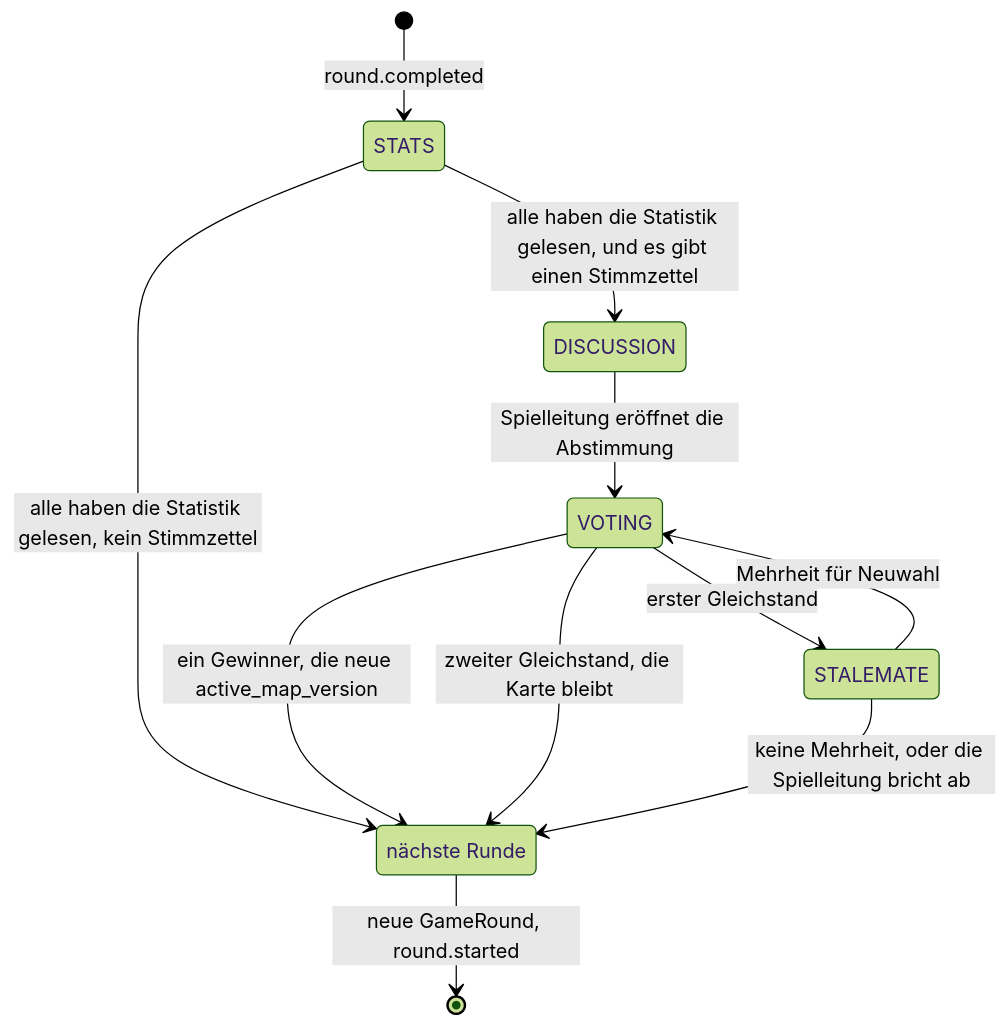
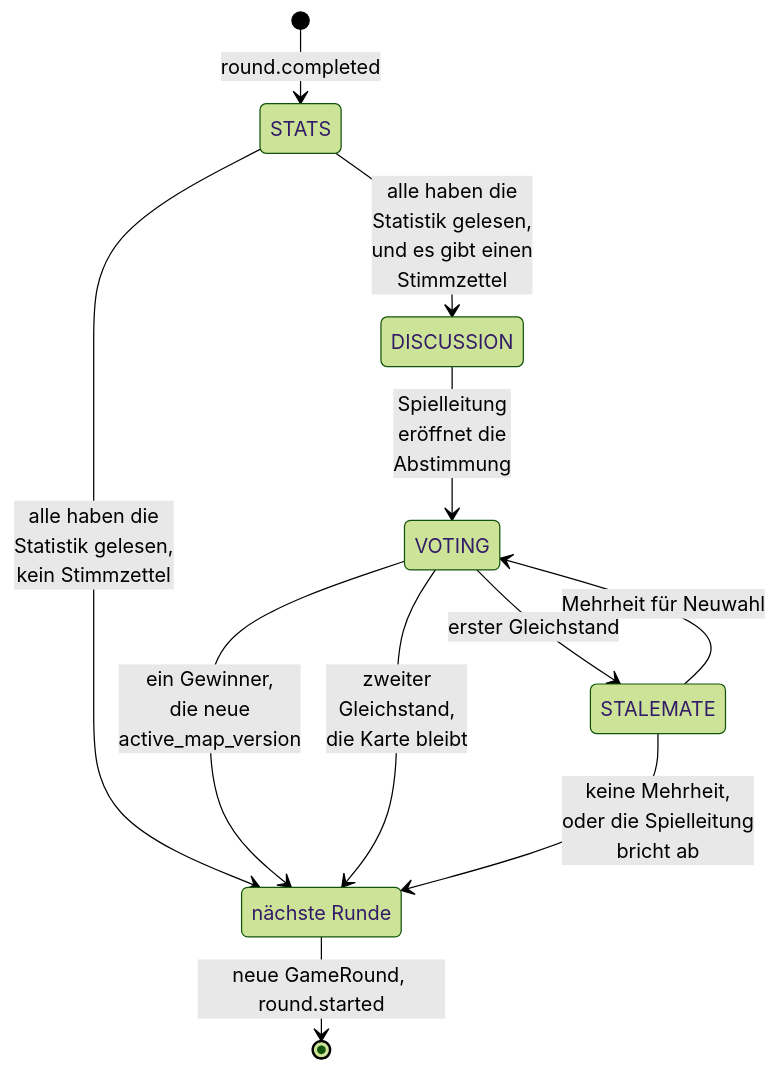
One commit to luke-hirsch/co2mmute changed the tenth of 12 diagrams in docs/de-flowcharts.md. Above: the diagram before and after it, drawn with Mermaid (forest theme). The commit also changed other lines of this file and 6 other files, not shown here.

Commit message:
ablaufdiagramme: 1, 4, 6, 8 und 10 schmaler gezeichnet (umbruchbreite, eine spalte, kürzere kantentexte), de und en gleich

````diff
--- a/docs/de-flowcharts.md
+++ b/docs/de-flowcharts.md
@@ -372,15 +381,16 @@
 ```mermaid
+%%{init: {"flowchart": {"wrappingWidth": 170, "nodeSpacing": 20, "rankSpacing": 36, "padding": 10}}}%%
 stateDiagram-v2
     state "nächste Runde" as NextRound
 
     [*] --> STATS: round.completed
-    STATS --> DISCUSSION: alle haben die Statistik gelesen, und es gibt einen Stimmzettel
-    STATS --> NextRound: alle haben die Statistik gelesen, kein Stimmzettel
-    DISCUSSION --> VOTING: Spielleitung eröffnet die Abstimmung
-    VOTING --> NextRound: ein Gewinner, die neue active_map_version
+    STATS --> DISCUSSION: alle haben die<br>Statistik gelesen,<br>und es gibt einen<br>Stimmzettel
+    STATS --> NextRound: alle haben die<br>Statistik gelesen,<br>kein Stimmzettel
+    DISCUSSION --> VOTING: Spielleitung<br>eröffnet die<br>Abstimmung
+    VOTING --> NextRound: ein Gewinner,<br>die neue<br>active_map_version
     VOTING --> STALEMATE: erster Gleichstand
-    VOTING --> NextRound: zweiter Gleichstand, die Karte bleibt
+    VOTING --> NextRound: zweiter<br>Gleichstand,<br>die Karte bleibt
     STALEMATE --> VOTING: Mehrheit für Neuwahl
-    STALEMATE --> NextRound: keine Mehrheit, oder die Spielleitung bricht ab
+    STALEMATE --> NextRound: keine Mehrheit,<br>oder die Spielleitung<br>bricht ab
     NextRound --> [*]: neue GameRound, round.started
 ```
````
